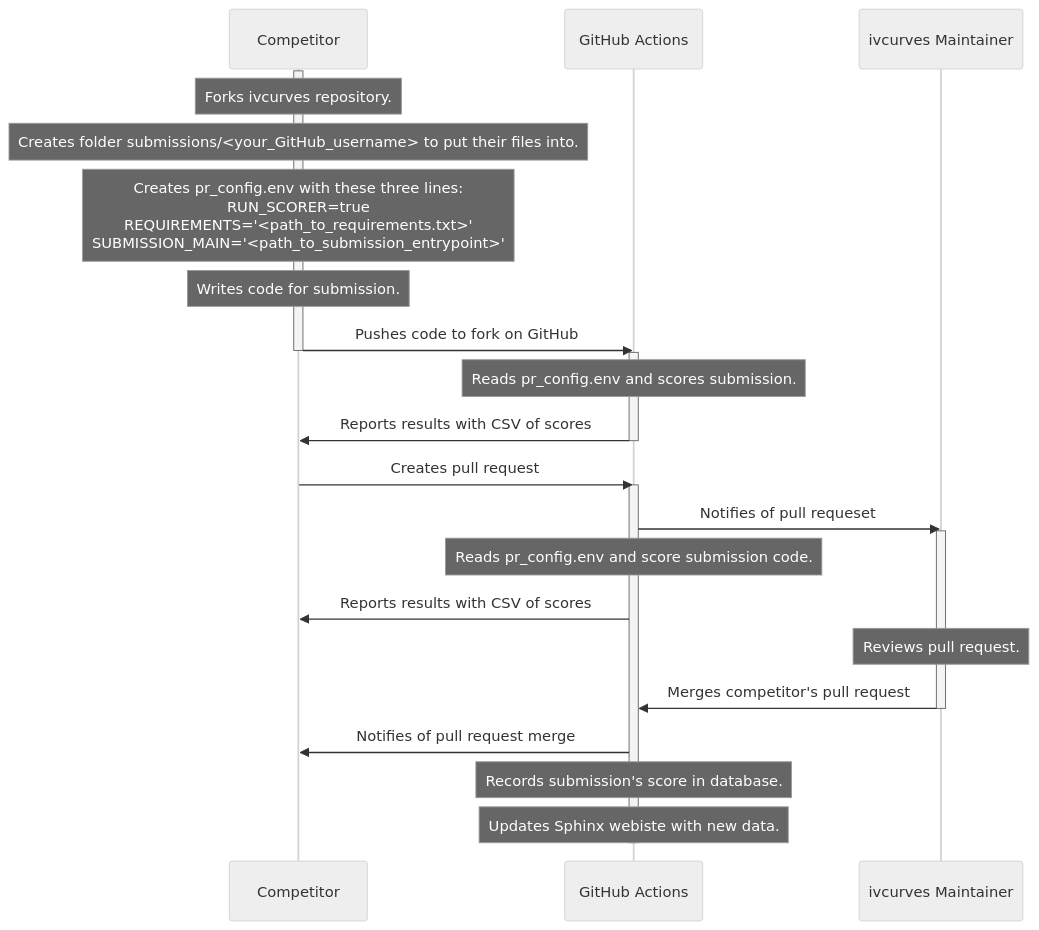
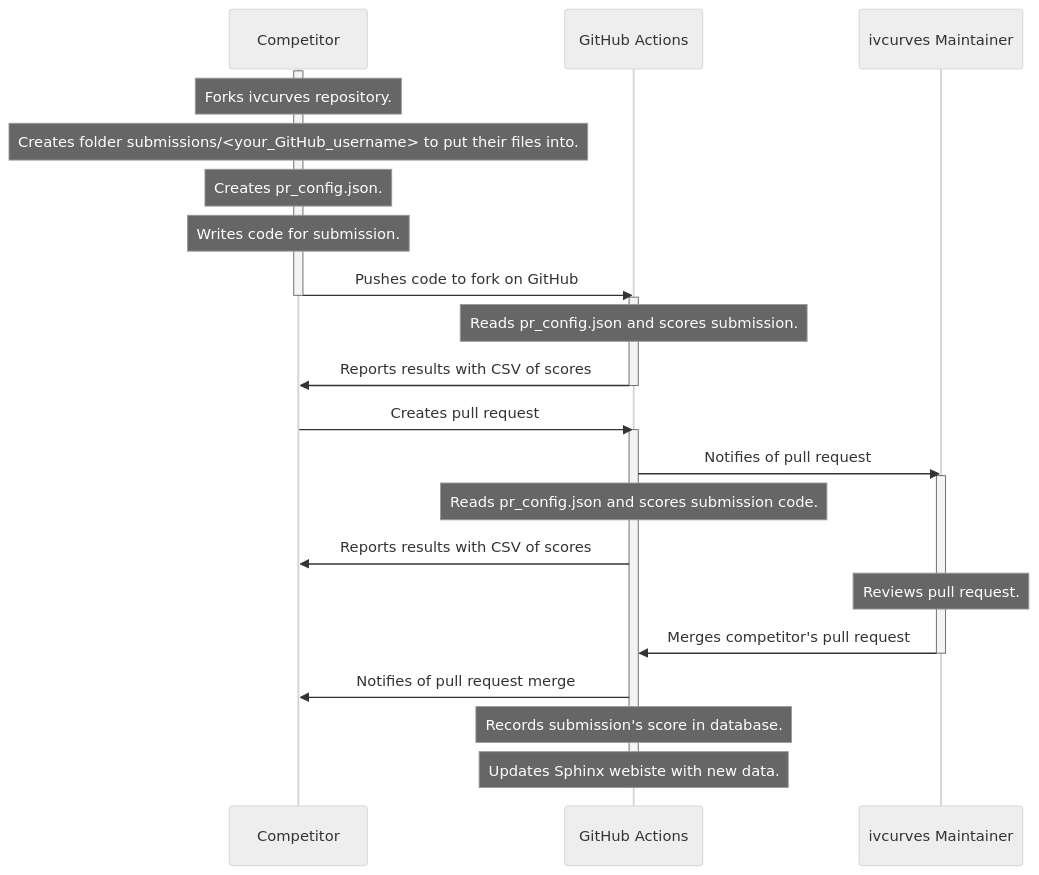
Before and after one commit to uofutahcapstoneahjregistryteam/ivcurves: the diagram in docs/sphinx/source/participating.rst, drawn with Mermaid (neutral theme). The commit also changed other lines of this file and 2 other files, not shown here.

```diff
--- a/docs/sphinx/source/participating.rst
+++ b/docs/sphinx/source/participating.rst
@@ -35,33 +42,33 @@
 .. mermaid::
 
    sequenceDiagram
        participant Competitor
        participant GitHub Actions
        participant ivcurves Maintainer
 
        activate Competitor
        Note over Competitor: Forks ivcurves repository.
        Note over Competitor: Creates folder submissions/<your_GitHub_username> to put their files into.
-       Note over Competitor: Creates pr_config.env with these three lines:<br> RUN_SCORER=true<br>REQUIREMENTS='<path_to_requirements.txt>'<br> SUBMISSION_MAIN='<path_to_submission_entrypoint>'
+       Note over Competitor: Creates pr_config.json.
        Note over Competitor: Writes code for submission.
 
        Competitor->>GitHub Actions: Pushes code to fork on GitHub
        deactivate Competitor
        activate GitHub Actions
-       Note over GitHub Actions: Reads pr_config.env and scores submission.
+       Note over GitHub Actions: Reads pr_config.json and scores submission.
        GitHub Actions->>Competitor: Reports results with CSV of scores
        deactivate GitHub Actions
 
        Competitor->>GitHub Actions: Creates pull request
        activate GitHub Actions
-       GitHub Actions->>ivcurves Maintainer: Notifies of pull requeset
+       GitHub Actions->>ivcurves Maintainer: Notifies of pull request
        activate ivcurves Maintainer
-       Note over GitHub Actions: Reads pr_config.env and score submission code.
+       Note over GitHub Actions: Reads pr_config.json and scores submission code.
        GitHub Actions->>Competitor: Reports results with CSV of scores
        Note over ivcurves Maintainer: Reviews pull request.
        ivcurves Maintainer->>GitHub Actions: Merges competitor's pull request
        deactivate ivcurves Maintainer
        GitHub Actions->>Competitor: Notifies of pull request merge
        Note over GitHub Actions: Records submission's score in database.
        Note over GitHub Actions: Updates Sphinx webiste with new data.
        deactivate GitHub Actions
```
